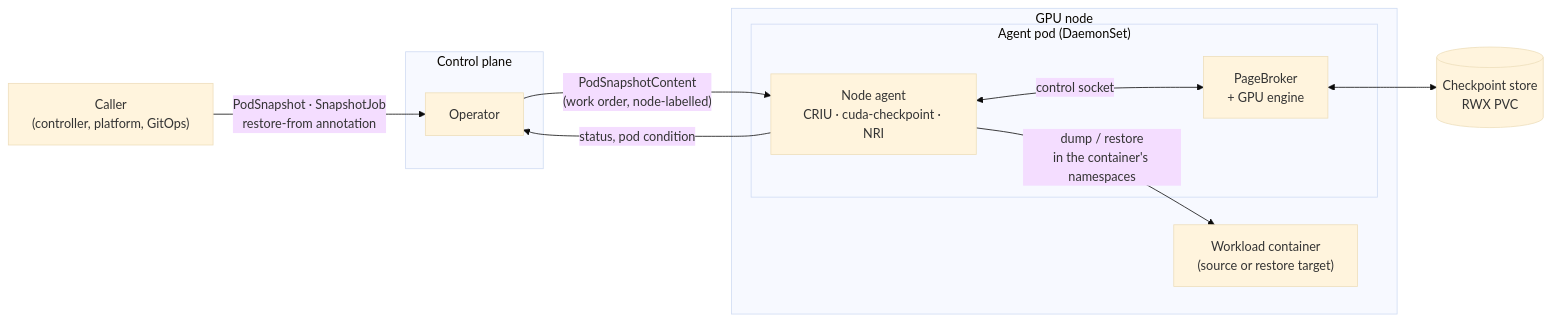
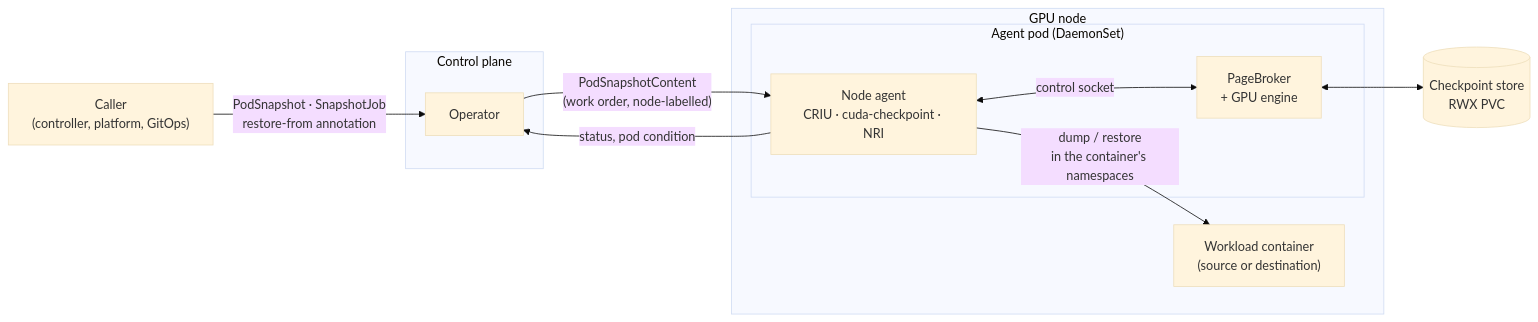
Before and after one commit to ai-dynamo/snapshot: the first of 3 diagrams in docs/reference/architecture/README.md, drawn with Mermaid (base theme). The commit also changed 2 other files, not shown here.

Commit message:
docs: name the container a restore runs in the destination container
The naming guide used target container for the checkpoint side only,
but the restore side was also called the target in a diagram and in
the benchmarks page. Add destination container to the terms table,
which the Restore Pod contract and the architecture overview already
use, and use it in the two places that said target for a restore.

````diff
--- a/docs/reference/architecture/README.md
+++ b/docs/reference/architecture/README.md
@@ -33,22 +33,22 @@
 ```mermaid
 flowchart LR
   caller["Caller<br/>(controller, platform, GitOps)"]
   subgraph cp["Control plane"]
     op["Operator"]
   end
   subgraph node["GPU node"]
     subgraph agentpod["Agent pod (DaemonSet)"]
       agent["Node agent<br/>CRIU · cuda-checkpoint · NRI"]
       pb["PageBroker<br/>+ GPU engine"]
     end
-    wl["Workload container<br/>(source or restore target)"]
+    wl["Workload container<br/>(source or destination)"]
   end
   store[("Checkpoint store<br/>RWX PVC")]
 
   caller -->|"PodSnapshot · SnapshotJob<br/>restore-from annotation"| op
   op -->|"PodSnapshotContent<br/>(work order, node-labelled)"| agent
   agent -->|"dump / restore<br/>in the container's namespaces"| wl
   agent <-->|"control socket"| pb
   pb <--> store
   agent -->|"status, pod condition"| op
 ```
````
